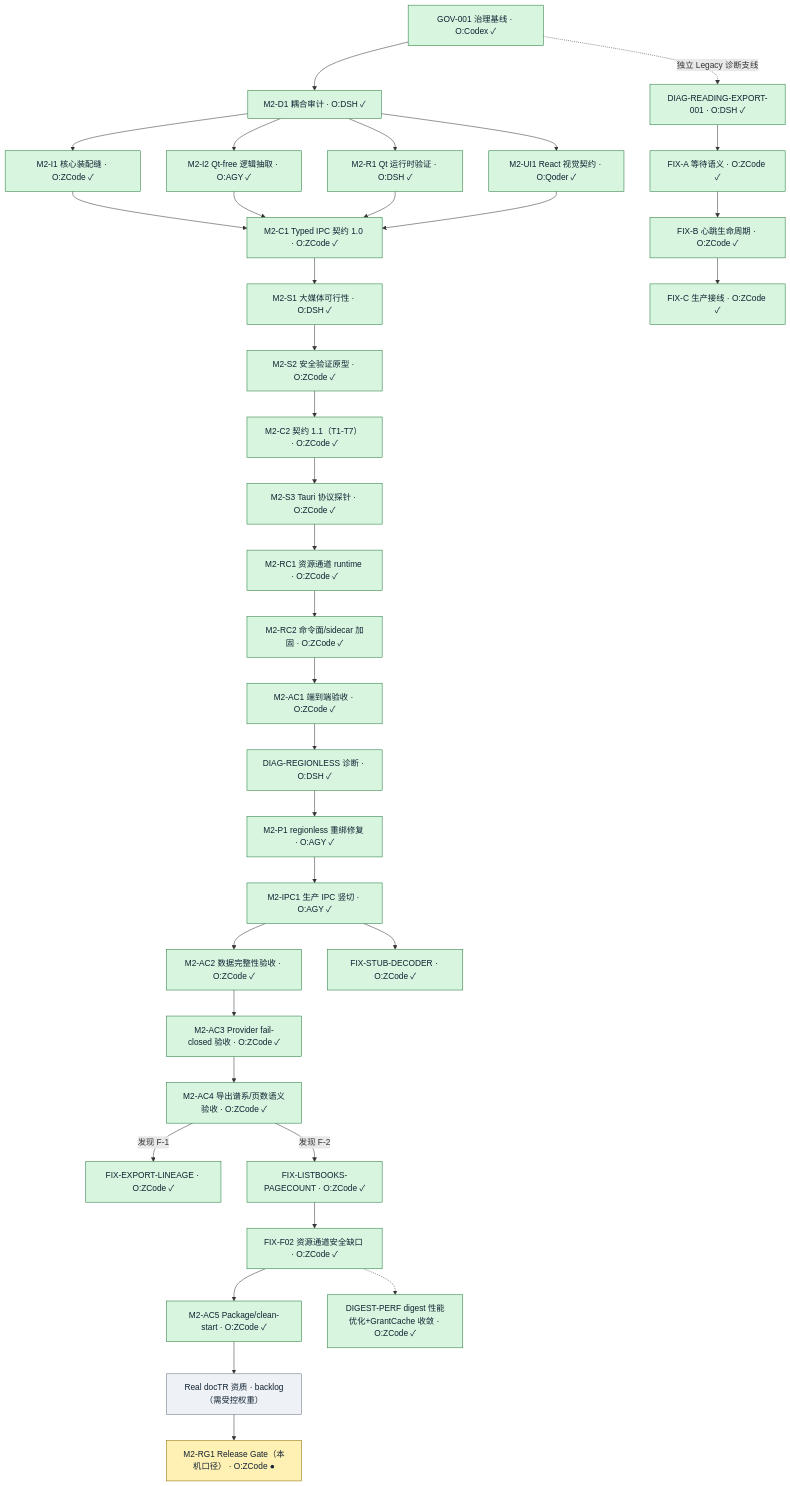
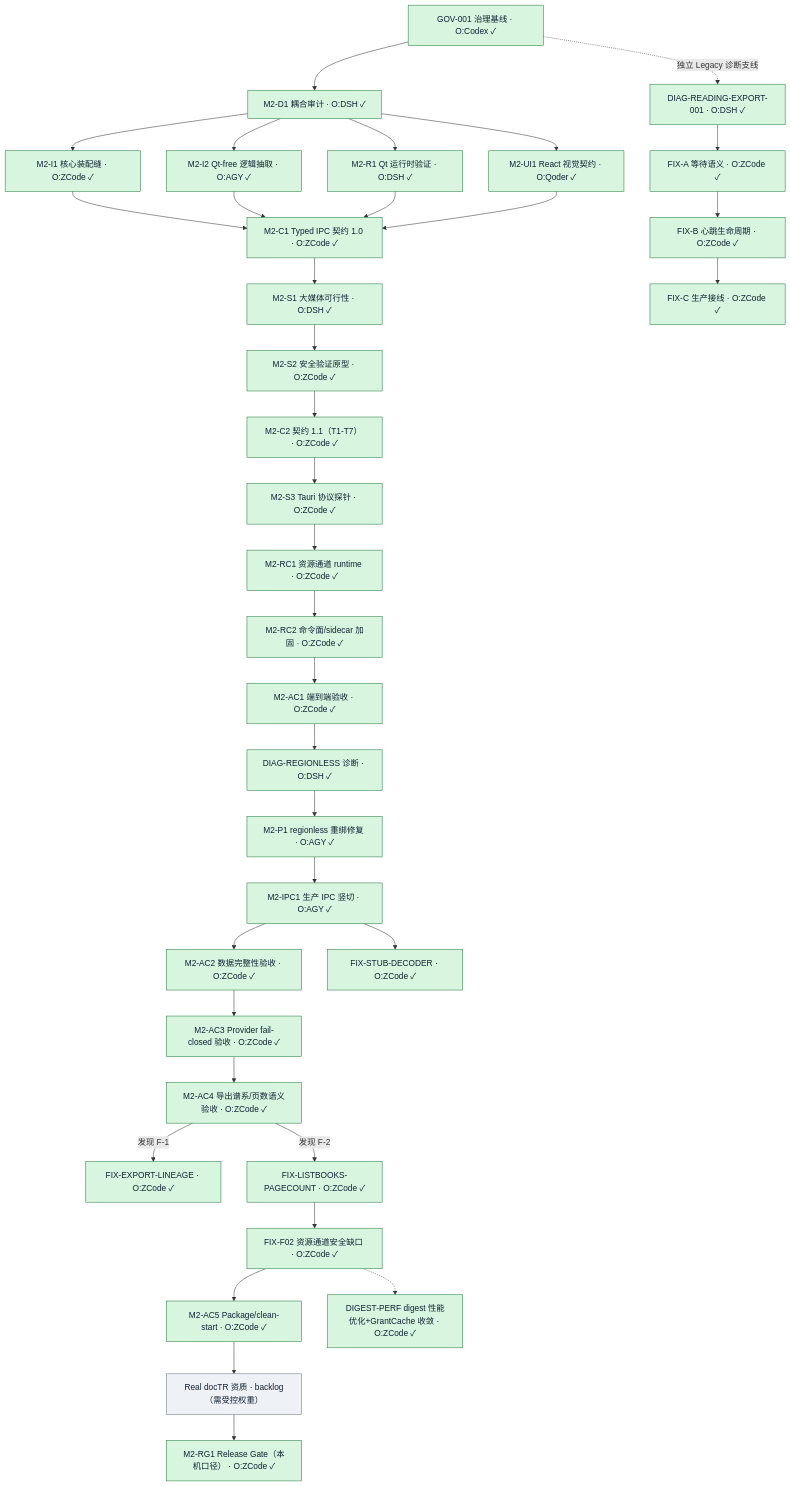
One commit to peakwheat-pixel/New-Manga changed the diagram in doc/REBASELINE_PLAN.md. Above: the diagram before and after it, drawn with Mermaid. The commit also changed other lines of this file and 6 other files, not shown here.

Commit message:
accept(M2-RG1): integration complete — M2 Release Gate done at merge b796bed3 (GATE PASS 25/25 on local-machine ruling; console policy PASS with CW0 positive control; cold start recorded; dependency closure + M2-AC5 regression 25/25; Win11 verified / Win10 NOT_RUN)

````diff
--- a/doc/REBASELINE_PLAN.md
+++ b/doc/REBASELINE_PLAN.md
@@ -60,47 +60,46 @@
 ```mermaid
 flowchart TD
-  %% ✓ = done（已集成 main）；● = ready（已释放未完成）；O = Owner；R = 非作者 Reviewer；黄色 = ready；灰色 = backlog 未释放
+  %% ✓ = done（已集成 main）；O = Owner；R = 非作者 Reviewer；灰色 = backlog 未释放
   GOV["GOV-001 治理基线 · O:Codex ✓"] --> D1["M2-D1 耦合审计 · O:DSH ✓"]
   D1 --> I1["M2-I1 核心装配缝 · O:ZCode ✓"]
   D1 --> I2["M2-I2 Qt-free 逻辑抽取 · O:AGY ✓"]
   D1 --> R1["M2-R1 Qt 运行时验证 · O:DSH ✓"]
   D1 --> UI1["M2-UI1 React 视觉契约 · O:Qoder ✓"]
   I1 --> C1["M2-C1 Typed IPC 契约 1.0 · O:ZCode ✓"]
   I2 --> C1
   R1 --> C1
   UI1 --> C1
   C1 --> S1["M2-S1 大媒体可行性 · O:DSH ✓"]
   S1 --> S2["M2-S2 安全验证原型 · O:ZCode ✓"]
   S2 --> C2["M2-C2 契约 1.1（T1-T7） · O:ZCode ✓"]
   C2 --> S3["M2-S3 Tauri 协议探针 · O:ZCode ✓"]
   S3 --> RC1["M2-RC1 资源通道 runtime · O:ZCode ✓"]
   RC1 --> RC2["M2-RC2 命令面/sidecar 加固 · O:ZCode ✓"]
   RC2 --> AC1["M2-AC1 端到端验收 · O:ZCode ✓"]
   AC1 --> DGR["DIAG-REGIONLESS 诊断 · O:DSH ✓"]
   DGR --> P1["M2-P1 regionless 重绑修复 · O:AGY ✓"]
   P1 --> IPC1["M2-IPC1 生产 IPC 竖切 · O:AGY ✓"]
   IPC1 --> AC2["M2-AC2 数据完整性验收 · O:ZCode ✓"]
   AC2 --> AC3["M2-AC3 Provider fail-closed 验收 · O:ZCode ✓"]
   AC3 --> AC4["M2-AC4 导出谱系/页数语义验收 · O:ZCode ✓"]
   AC4 -->|"发现 F-1"| FXE["FIX-EXPORT-LINEAGE · O:ZCode ✓"]
   AC4 -->|"发现 F-2"| FXL["FIX-LISTBOOKS-PAGECOUNT · O:ZCode ✓"]
   IPC1 --> FXS["FIX-STUB-DECODER · O:ZCode ✓"]
   FXL --> FXF["FIX-F02 资源通道安全缺口 · O:ZCode ✓"]
   GOV -. 独立 Legacy 诊断支线 .-> DIO["DIAG-READING-EXPORT-001 · O:DSH ✓"]
   DIO --> FXA["FIX-A 等待语义 · O:ZCode ✓"]
   FXA --> FXB["FIX-B 心跳生命周期 · O:ZCode ✓"]
   FXB --> FXC["FIX-C 生产接线 · O:ZCode ✓"]
 
-  %% 未完成：ready 与 backlog
+  %% 未完成：backlog（当前仅 Real docTR，BLOCKED 待用户受控权重）
   FXF --> PKG["M2-AC5 Package/clean-start · O:ZCode ✓"]
   PKG --> DOC["Real docTR 资质 · backlog（需受控权重）"]
-  DOC --> RG["M2-RG1 Release Gate（本机口径） · O:ZCode ●"]
+  DOC --> RG["M2-RG1 Release Gate（本机口径） · O:ZCode ✓"]
   FXF -.-> DP["DIGEST-PERF digest 性能优化+GrantCache 收敛 · O:ZCode ✓"]
 
   classDef done fill:#d7f5df,stroke:#237a3b,color:#123;
   classDef proposed fill:#fff0b3,stroke:#8a6d00,color:#123;
   classDef backlog fill:#eef1f5,stroke:#697386,color:#123;
-  class GOV,D1,I1,I2,R1,UI1,C1,S1,S2,C2,S3,RC1,RC2,AC1,DGR,P1,IPC1,AC2,AC3,AC4,FXE,FXL,FXS,FXF,DIO,FXA,FXB,FXC,DP,PKG done;
-  class RG proposed;
+  class GOV,D1,I1,I2,R1,UI1,C1,S1,S2,C2,S3,RC1,RC2,AC1,DGR,P1,IPC1,AC2,AC3,AC4,FXE,FXL,FXS,FXF,DIO,FXA,FXB,FXC,DP,PKG,RG done;
   class DOC backlog;
 ```
````
